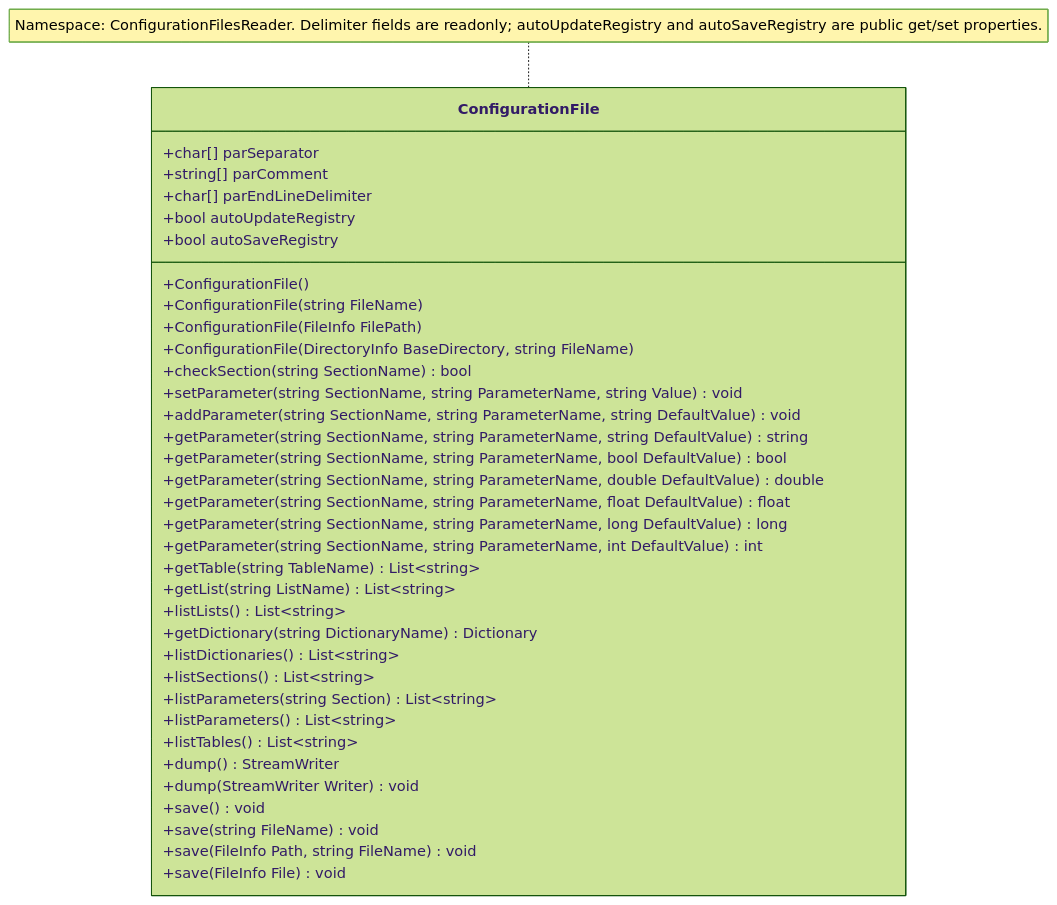
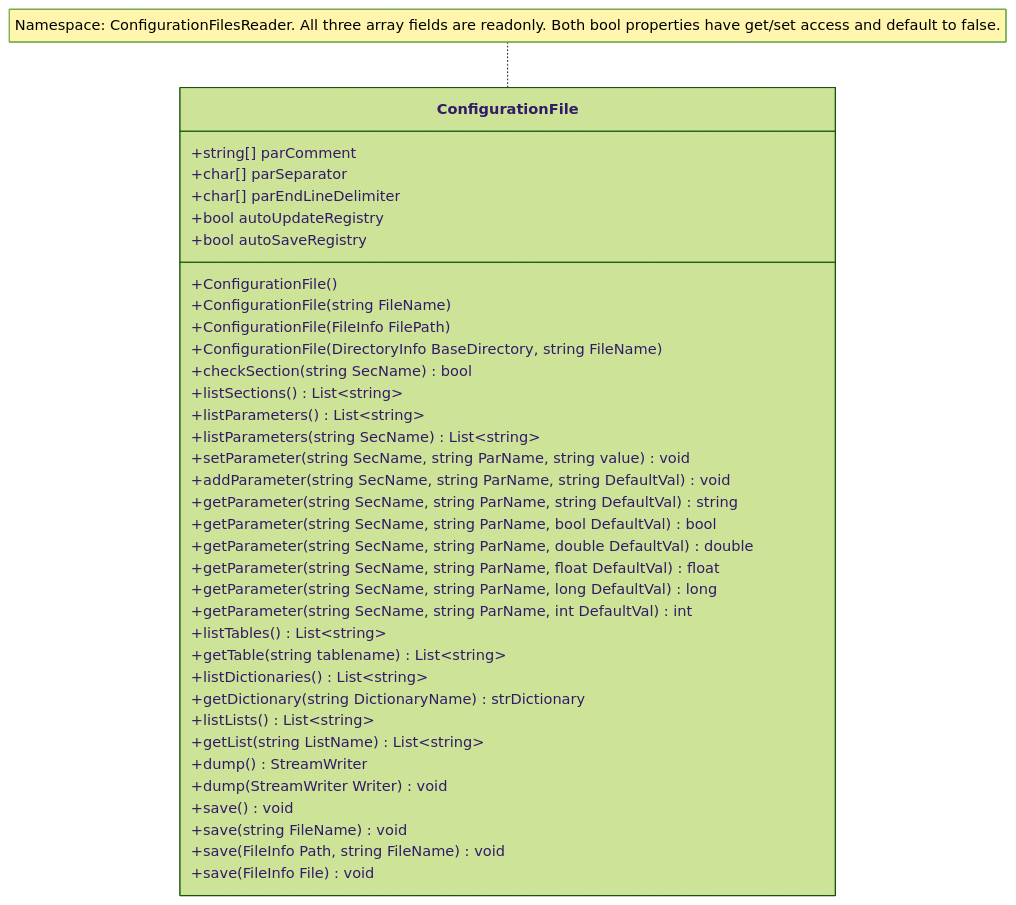
Before and after one commit to delloiaconos/IniLike: the diagram in README.md, drawn with Mermaid (forest theme). The commit also changed other lines of this file and 1 other file, not shown here.

Commit message:
Updated README.md with a reordered Mermaid diagram matching the current API.

````diff
--- a/README.md
+++ b/README.md
@@ -124,39 +129,45 @@
 ```mermaid
 classDiagram
     class ConfigurationFile {
+        %% Shared settings and constructors
+        +string[] parComment
         +char[] parSeparator
-        +string[] parComment
         +char[] parEndLineDelimiter
         +bool autoUpdateRegistry
         +bool autoSaveRegistry
         +ConfigurationFile()
         +ConfigurationFile(string FileName)
         +ConfigurationFile(FileInfo FilePath)
         +ConfigurationFile(DirectoryInfo BaseDirectory, string FileName)
-        +checkSection(string SectionName) bool
-        +setParameter(string SectionName, string ParameterName, string Value) void
-        +addParameter(string SectionName, string ParameterName, string DefaultValue) void
-        +getParameter(string SectionName, string ParameterName, string DefaultValue) string
-        +getParameter(string SectionName, string ParameterName, bool DefaultValue) bool
-        +getParameter(string SectionName, string ParameterName, double DefaultValue) double
-        +getParameter(string SectionName, string ParameterName, float DefaultValue) float
-        +getParameter(string SectionName, string ParameterName, long DefaultValue) long
-        +getParameter(string SectionName, string ParameterName, int DefaultValue) int
-        +getTable(string TableName) List~string~
+        %% Sections and parameters
+        +checkSection(string SecName) bool
+        +listSections() List~string~
+        +listParameters() List~string~
+        +listParameters(string SecName) List~string~
+        +setParameter(string SecName, string ParName, string value) void
+        +addParameter(string SecName, string ParName, string DefaultVal) void
+        +getParameter(string SecName, string ParName, string DefaultVal) string
+        +getParameter(string SecName, string ParName, bool DefaultVal) bool
+        +getParameter(string SecName, string ParName, double DefaultVal) double
+        +getParameter(string SecName, string ParName, float DefaultVal) float
+        +getParameter(string SecName, string ParName, long DefaultVal) long
+        +getParameter(string SecName, string ParName, int DefaultVal) int
+        %% Tables
+        +listTables() List~string~
+        +getTable(string tablename) List~string~
+        %% Dictionaries
+        +listDictionaries() List~string~
+        +getDictionary(string DictionaryName) strDictionary
+        %% Lists
+        +listLists() List~string~
         +getList(string ListName) List~string~
-        +listLists() List~string~
-        +getDictionary(string DictionaryName) Dictionary
-        +listDictionaries() List~string~
-        +listSections() List~string~
-        +listParameters(string Section) List~string~
-        +listParameters() List~string~
-        +listTables() List~string~
+        %% Persistence
         +dump() StreamWriter
         +dump(StreamWriter Writer) void
         +save() void
         +save(string FileName) void
         +save(FileInfo Path, string FileName) void
         +save(FileInfo File) void
     }
-    note for ConfigurationFile "Namespace: ConfigurationFilesReader. Delimiter fields are readonly; autoUpdateRegistry and autoSaveRegistry are public get/set properties."
+    note for ConfigurationFile "Namespace: ConfigurationFilesReader. All three array fields are readonly. Both bool properties have get/set access and default to false."
 ```
````
